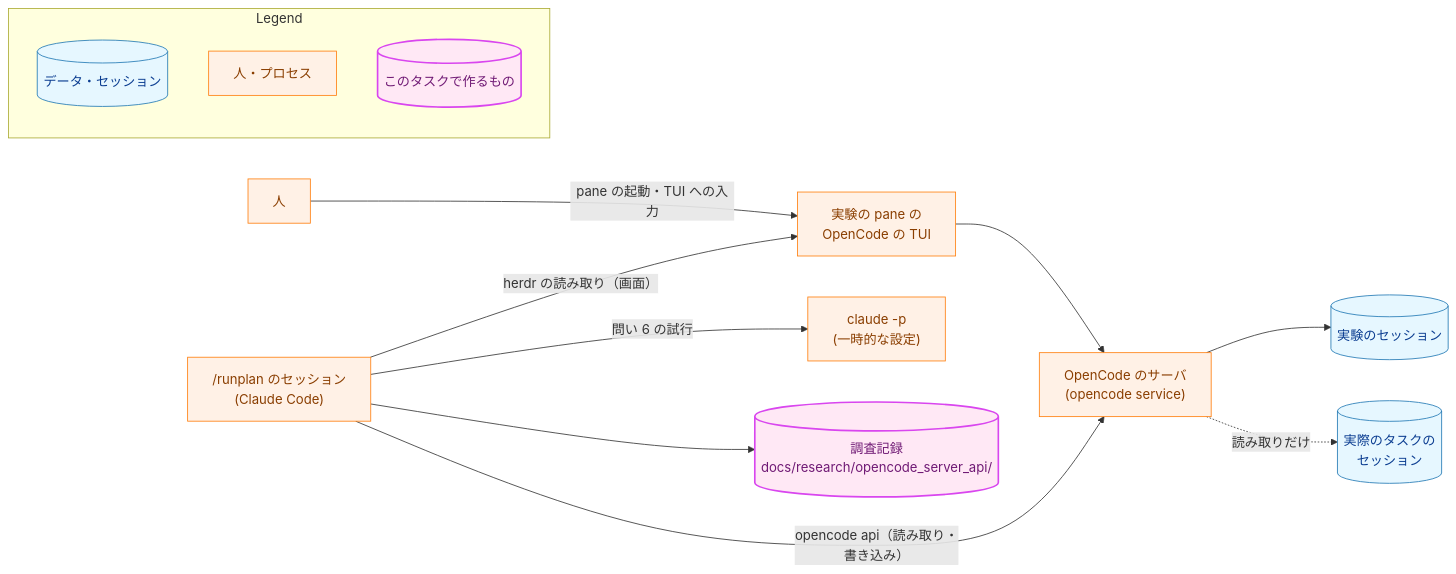
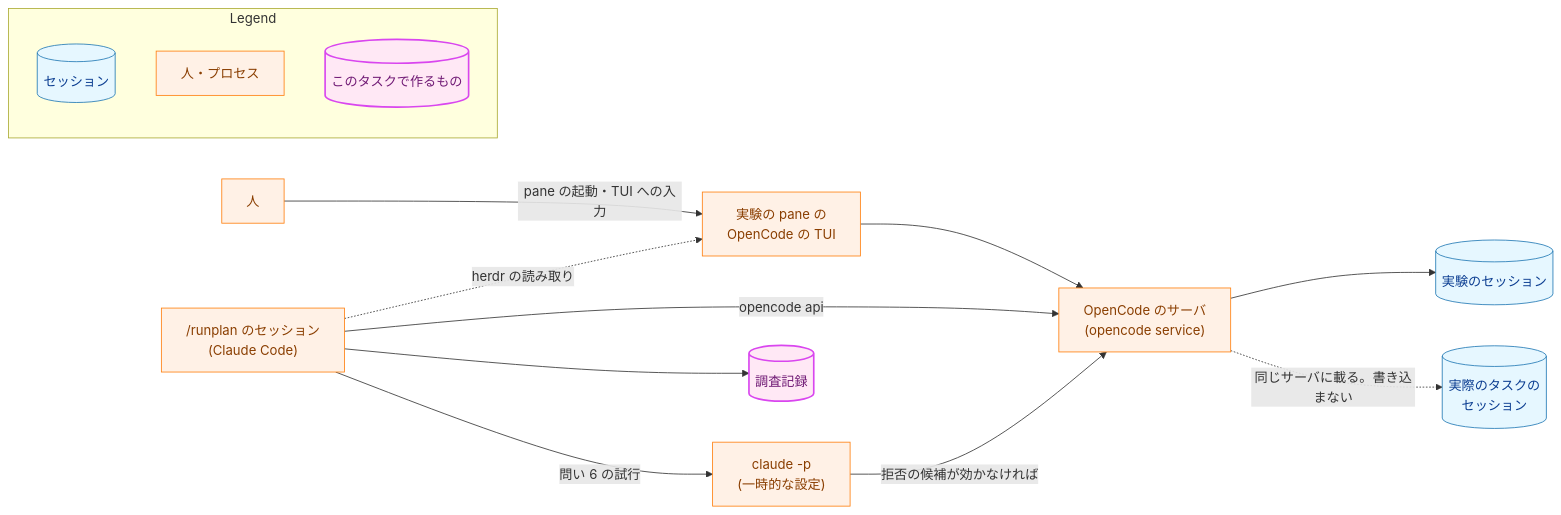
The diagram in docs/tasks/0094_opencode_server_api_probe/02_architecture.md (isseis/yt2column), drawn with Mermaid before and after one commit. The commit also changed other lines of this file and 2 other files, not shown here.

````diff
--- a/docs/tasks/0094_opencode_server_api_probe/02_architecture.md
+++ b/docs/tasks/0094_opencode_server_api_probe/02_architecture.md
@@ -33,37 +35,38 @@
 ```mermaid
 flowchart LR
     classDef data fill:#e6f7ff,stroke:#1f77b4,stroke-width:1px,color:#0b3d91;
     classDef process fill:#fff1e6,stroke:#ff7f0e,stroke-width:1px,color:#8a3e00;
     classDef newpkg fill:#ffe8f5,stroke:#d946ef,stroke-width:2px,color:#701a75;
 
     HUMAN["人"]
     AGENT["/runplan のセッション<br>(Claude Code)"]
     TUI["実験の pane の<br>OpenCode の TUI"]
     SVC["OpenCode のサーバ<br>(opencode service)"]
     SESS[("実験のセッション")]
     REAL[("実際のタスクの<br>セッション")]
     CP["claude -p<br>(一時的な設定)"]
-    REC[("調査記録<br>docs/research/opencode_server_api/")]
+    REC[("調査記録")]
 
     HUMAN -->|"pane の起動・TUI への入力"| TUI
     TUI --> SVC
-    AGENT -->|"opencode api（読み取り・書き込み）"| SVC
-    AGENT -->|"herdr の読み取り（画面）"| TUI
+    AGENT -->|"opencode api"| SVC
+    AGENT -.->|"herdr の読み取り"| TUI
     SVC --> SESS
-    SVC -.->|"読み取りだけ"| REAL
+    SVC -.->|"同じサーバに載る。書き込まない"| REAL
     AGENT -->|"問い 6 の試行"| CP
+    CP -->|"拒否の候補が効かなければ"| SVC
     AGENT --> REC
 
-    class SESS,REAL,REC data
+    class SESS,REAL data
     class HUMAN,AGENT,TUI,SVC,CP process
     class REC newpkg
 
     subgraph Legend["Legend"]
-        L1[("データ・セッション")]
+        L1[("セッション")]
         L2["人・プロセス"]
         L3[("このタスクで作るもの")]
     end
     class L1 data
     class L2 process
     class L3 newpkg
 ```
````
